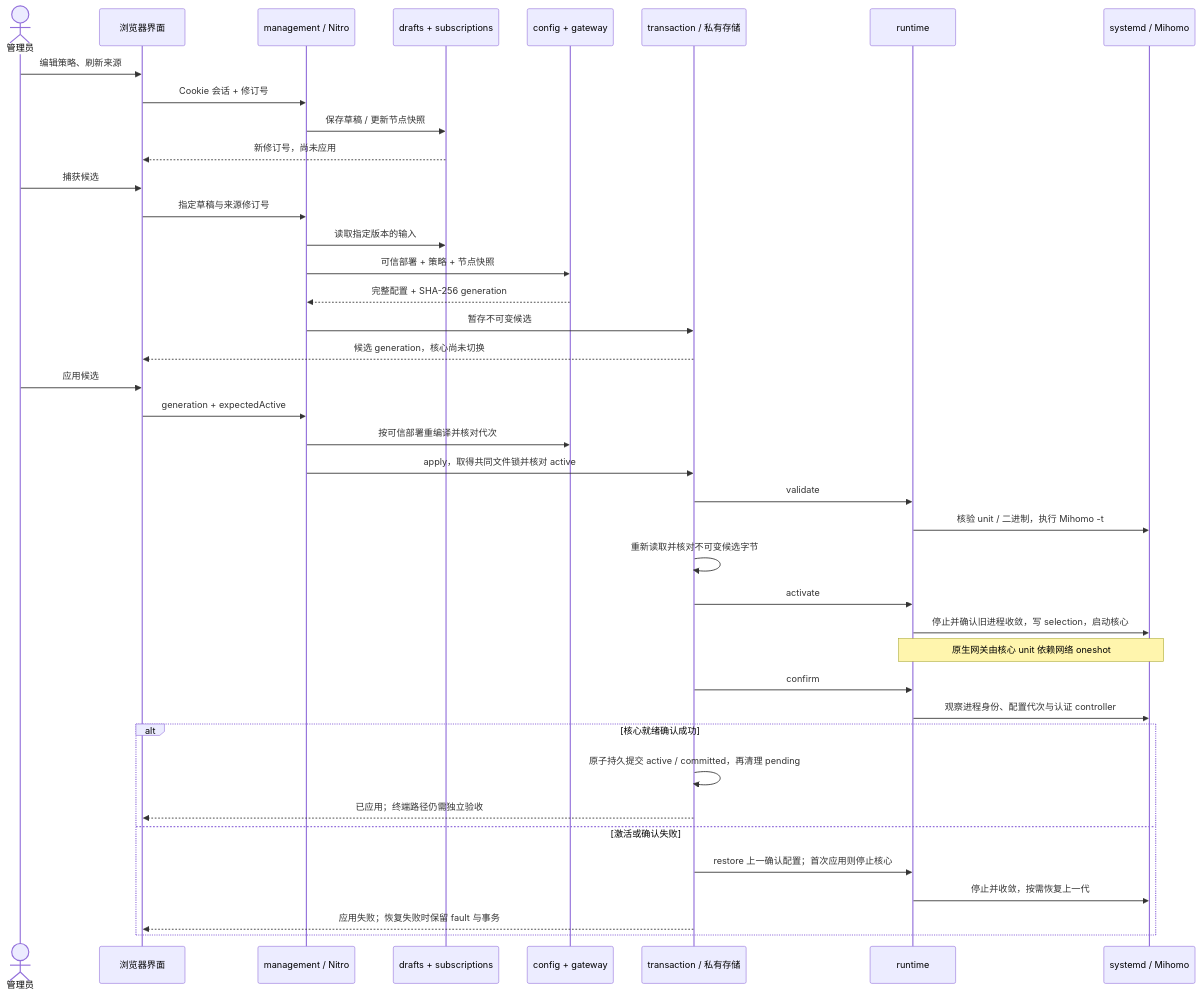
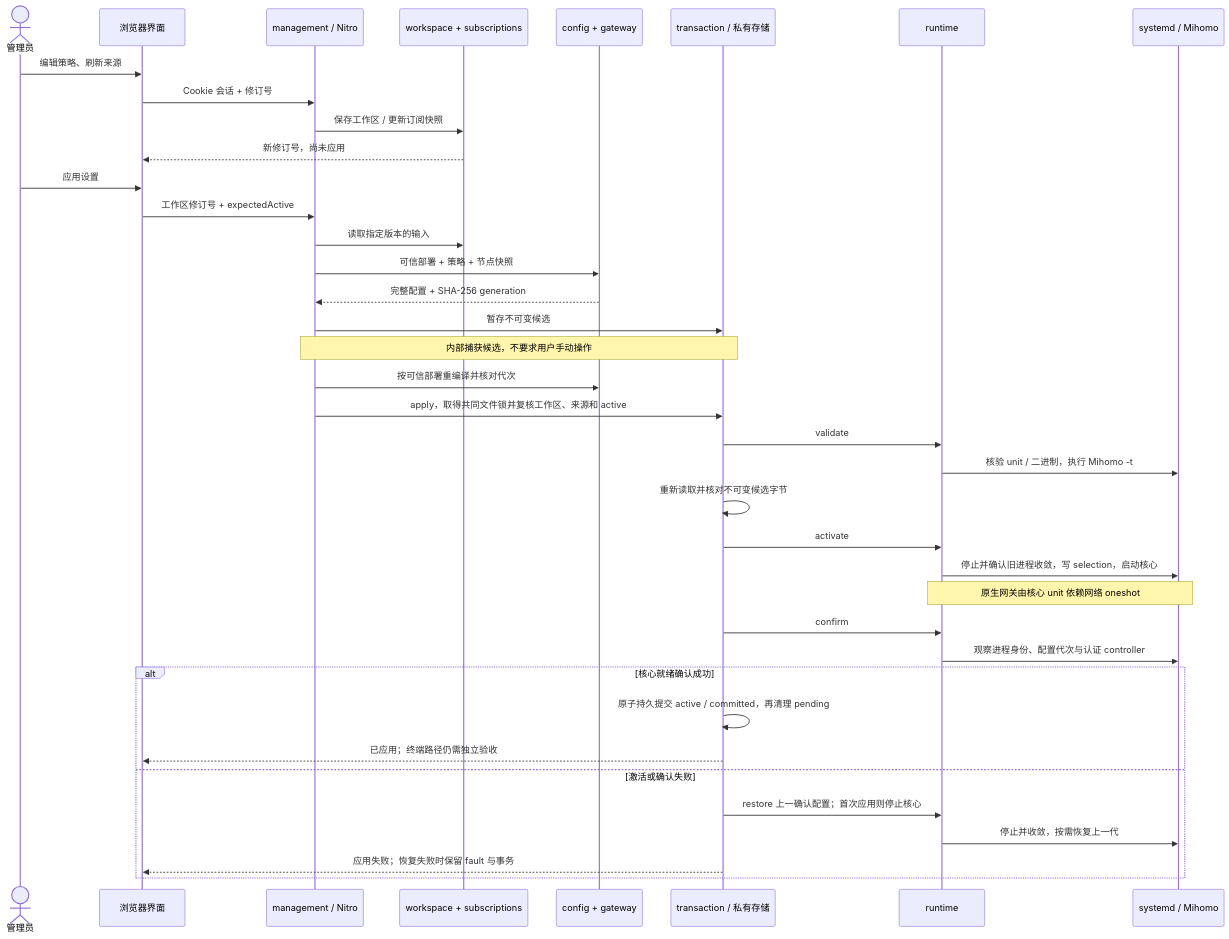
Before and after one commit to Always1010/CoCoProxy: the diagram in docs/architecture.md, drawn with Mermaid. The commit also changed other lines of this file and 10 other files, not shown here.

````diff
--- a/docs/architecture.md
+++ b/docs/architecture.md
@@ -105,42 +105,40 @@
 ```mermaid
 sequenceDiagram
     actor User as 管理员
     participant UI as 浏览器界面
     participant M as management / Nitro
-    participant Inputs as drafts + subscriptions
+    participant Inputs as workspace + subscriptions
     participant C as config + gateway
     participant T as transaction / 私有存储
     participant R as runtime
     participant S as systemd / Mihomo
     User->>UI: 编辑策略、刷新来源
     UI->>M: Cookie 会话 + 修订号
-    M->>Inputs: 保存草稿 / 更新节点快照
+    M->>Inputs: 保存工作区 / 更新订阅快照
     Inputs-->>UI: 新修订号，尚未应用
-    User->>UI: 捕获候选
-    UI->>M: 指定草稿与来源修订号
+    User->>UI: 应用设置
+    UI->>M: 工作区修订号 + expectedActive
     M->>Inputs: 读取指定版本的输入
     M->>C: 可信部署 + 策略 + 节点快照
     C-->>M: 完整配置 + SHA-256 generation
     M->>T: 暂存不可变候选
-    T-->>UI: 候选 generation，核心尚未切换
-    User->>UI: 应用候选
-    UI->>M: generation + expectedActive
+    Note over M,T: 内部捕获候选，不要求用户手动操作
     M->>C: 按可信部署重编译并核对代次
-    M->>T: apply，取得共同文件锁并核对 active
+    M->>T: apply，取得共同文件锁并复核工作区、来源和 active
     T->>R: validate
     R->>S: 核验 unit / 二进制，执行 Mihomo -t
     T->>T: 重新读取并核对不可变候选字节
     T->>R: activate
     R->>S: 停止并确认旧进程收敛，写 selection，启动核心
     Note over R,S: 原生网关由核心 unit 依赖网络 oneshot
     T->>R: confirm
     R->>S: 观察进程身份、配置代次与认证 controller
     alt 核心就绪确认成功
         T->>T: 原子持久提交 active / committed，再清理 pending
         T-->>UI: 已应用；终端路径仍需独立验收
     else 激活或确认失败
         T->>R: restore 上一确认配置；首次应用则停止核心
         R->>S: 停止并收敛，按需恢复上一代
         T-->>UI: 应用失败；恢复失败时保留 fault 与事务
     end
 ```
````
